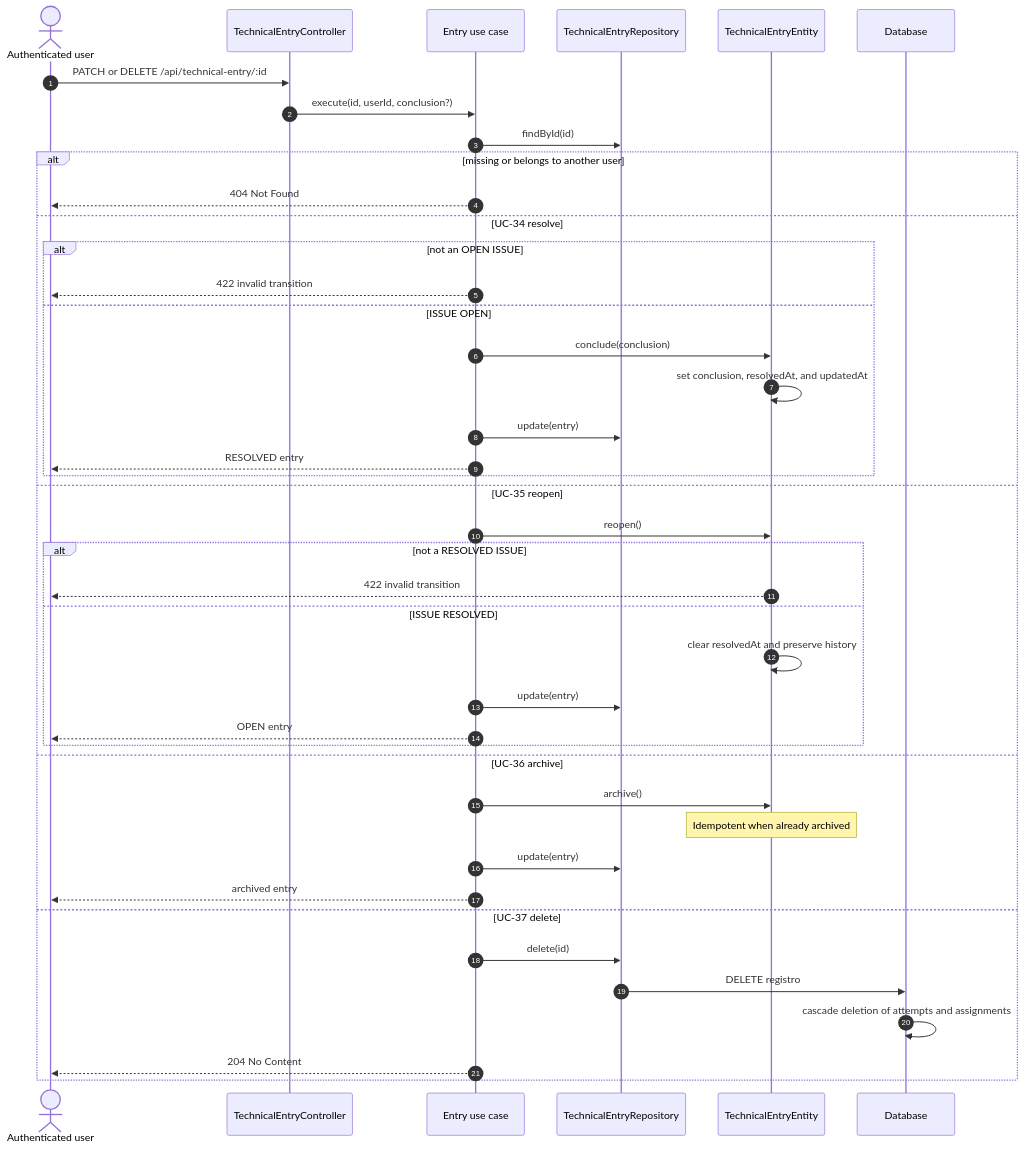
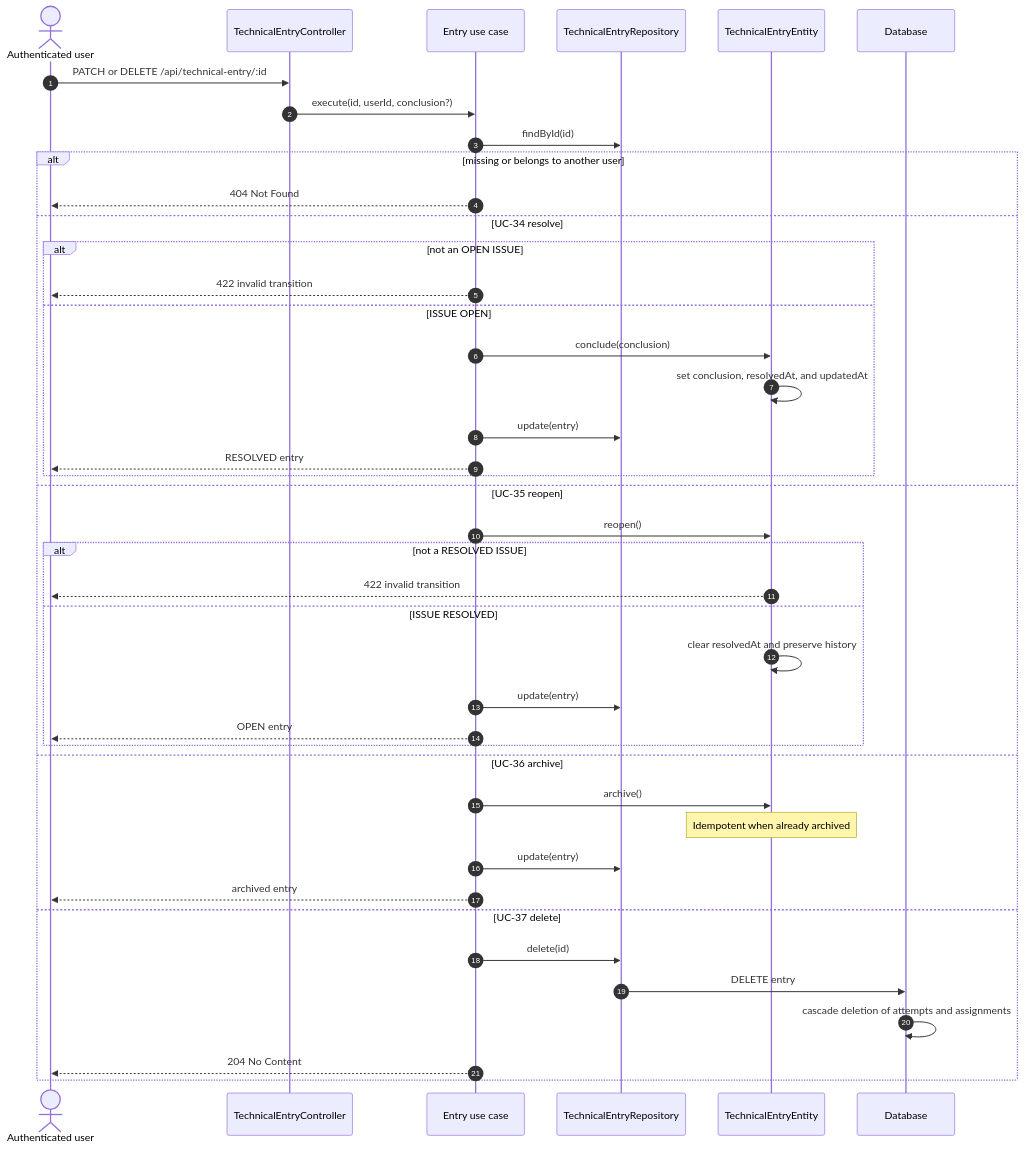
The fourth of 6 diagrams in docs/diagrams/sequences/technical-entries.md (Lucalopezz/DevLog), drawn with Mermaid before and after one commit. The commit also changed other lines of this file and 68 other files, not shown here.

````diff
--- a/docs/diagrams/sequences/technical-entries.md
+++ b/docs/diagrams/sequences/technical-entries.md
@@ -113,45 +113,45 @@
 ```mermaid
 sequenceDiagram
     autonumber
     actor UserActor as Authenticated user
     participant C as TechnicalEntryController
     participant UC as Entry use case
     participant ERepo as TechnicalEntryRepository
     participant Entry as TechnicalEntryEntity
     participant DB as Database
 
     UserActor->>C: PATCH or DELETE /api/technical-entry/:id
     C->>UC: execute(id, userId, conclusion?)
     UC->>ERepo: findById(id)
     alt missing or belongs to another user
         UC-->>UserActor: 404 Not Found
     else UC-34 resolve
         alt not an OPEN ISSUE
             UC-->>UserActor: 422 invalid transition
         else ISSUE OPEN
             UC->>Entry: conclude(conclusion)
             Entry->>Entry: set conclusion, resolvedAt, and updatedAt
             UC->>ERepo: update(entry)
             UC-->>UserActor: RESOLVED entry
         end
     else UC-35 reopen
         UC->>Entry: reopen()
         alt not a RESOLVED ISSUE
             Entry-->>UserActor: 422 invalid transition
         else ISSUE RESOLVED
             Entry->>Entry: clear resolvedAt and preserve history
             UC->>ERepo: update(entry)
             UC-->>UserActor: OPEN entry
         end
     else UC-36 archive
         UC->>Entry: archive()
         Note over Entry: Idempotent when already archived
         UC->>ERepo: update(entry)
         UC-->>UserActor: archived entry
     else UC-37 delete
         UC->>ERepo: delete(id)
-        ERepo->>DB: DELETE registro
+        ERepo->>DB: DELETE entry
         DB->>DB: cascade deletion of attempts and assignments
         UC-->>UserActor: 204 No Content
     end
 ```
````
